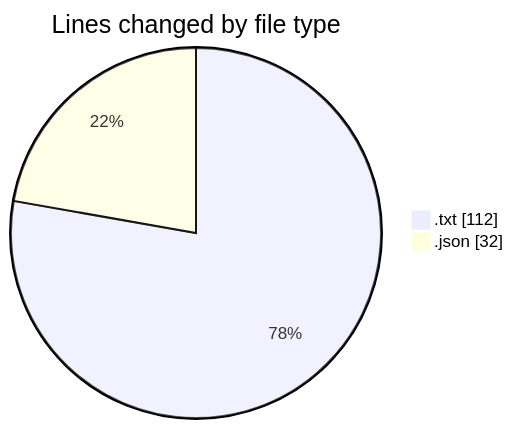
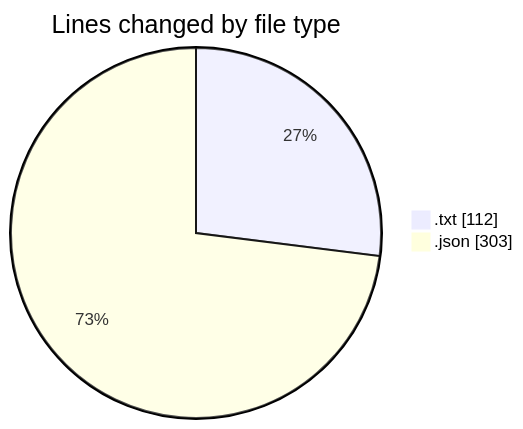
One commit to Netris89/code-tracking changed the first of 2 diagrams in 2025-04-12/basic/README.md. Above: the diagram before and after it, drawn with Mermaid. The commit also changed other lines of this file and 1 other file, not shown here.

````diff
--- a/2025-04-12/basic/README.md
+++ b/2025-04-12/basic/README.md
@@ -21,6 +22,6 @@
 ```mermaid
 pie showData
 title Lines changed by file type
 ".txt" : 112
-".json" : 32
+".json" : 303
 ```
````
